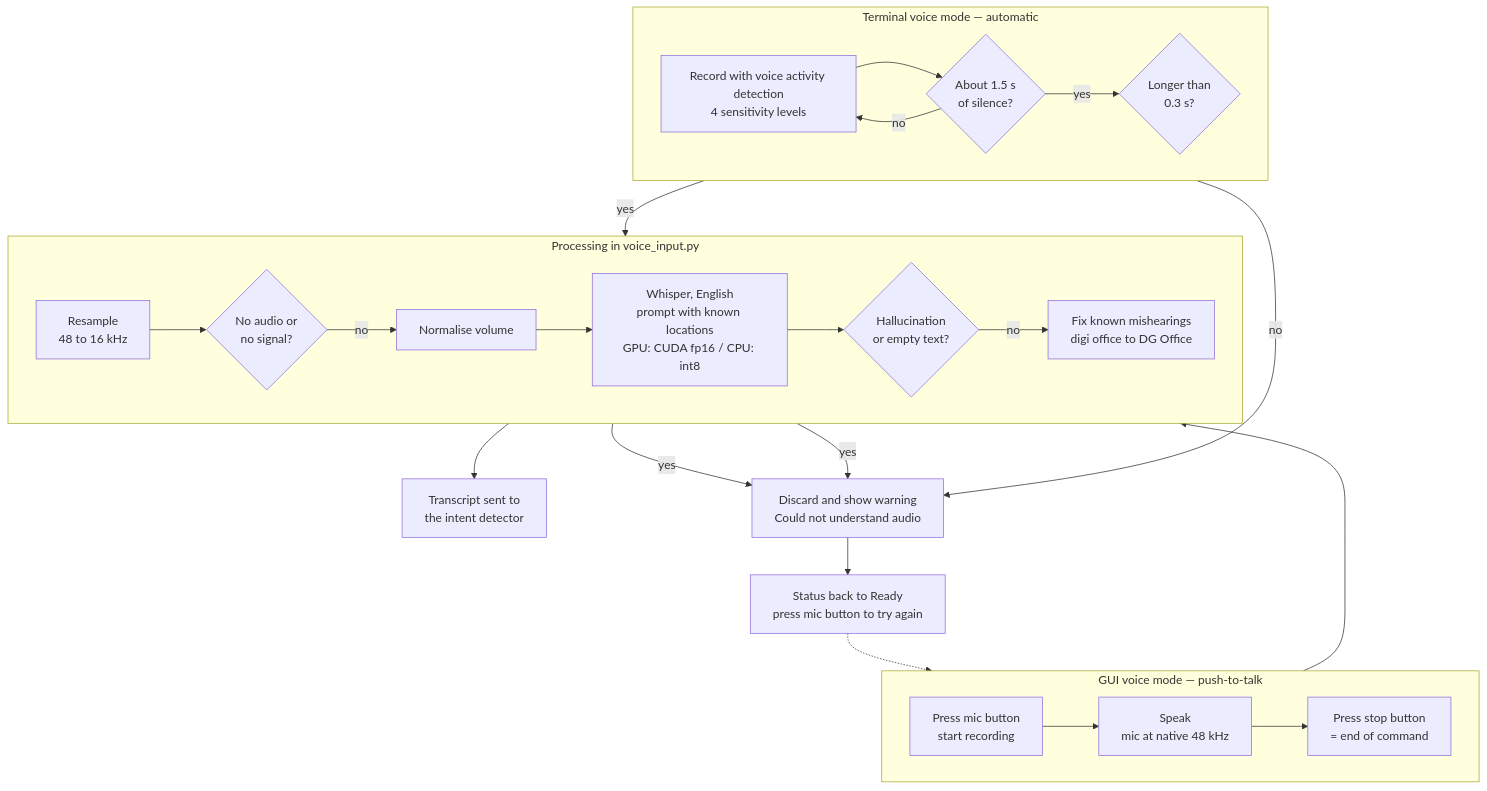
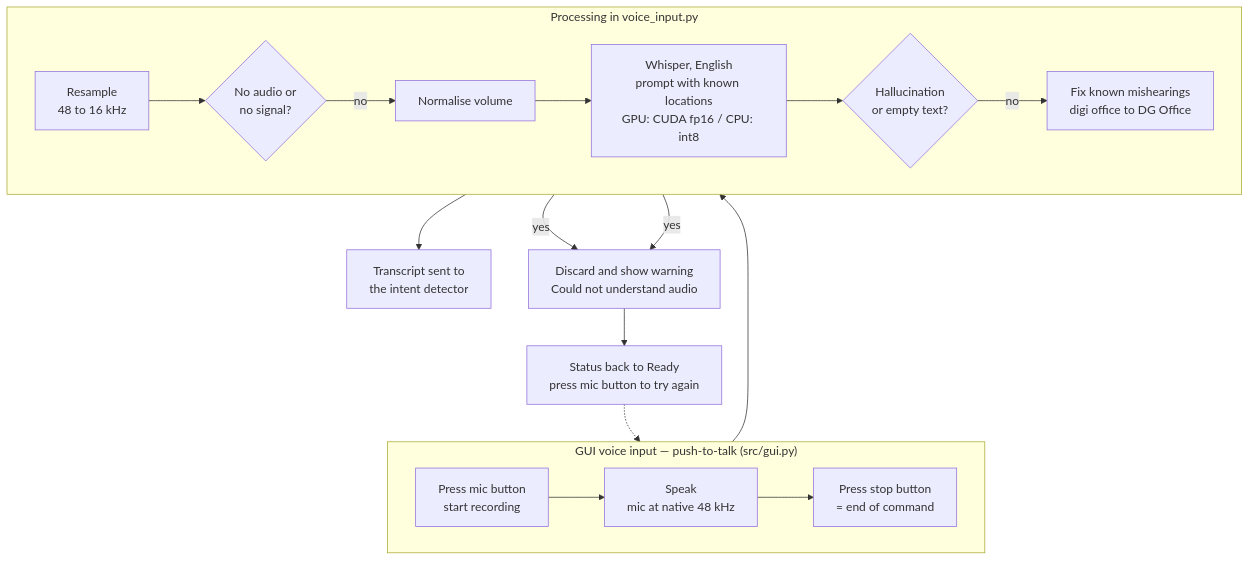
The third of 4 diagrams in README.md (Huzaifa-Rahim-Malik/LLM-Based-Navigation-Using-Turtlebot4), drawn with Mermaid before and after one commit. The commit also changed other lines of this file and 1 other file, not shown here.

````diff
--- a/README.md
+++ b/README.md
@@ -216,34 +211,25 @@
 ```mermaid
 flowchart TB
-    subgraph G["GUI voice mode — push-to-talk"]
+    subgraph G["GUI voice input — push-to-talk (src/gui.py)"]
       direction LR
       B1["Press mic button<br/>start recording"] --> B2["Speak<br/>mic at native 48 kHz"]
       B2 --> B3["Press stop button<br/>= end of command"]
-    end
-
-    subgraph T["Terminal voice mode — automatic"]
-      direction LR
-      C1["Record with voice activity detection<br/>4 sensitivity levels"] --> C2{"About 1.5 s<br/>of silence?"}
-      C2 -- no --> C1
-      C2 -- yes --> C3{"Longer than<br/>0.3 s?"}
     end
 
     subgraph P["Processing in voice_input.py"]
       direction LR
       P1["Resample<br/>48 to 16 kHz"] --> P2{"No audio or<br/>no signal?"}
       P2 -- no --> P3["Normalise volume"]
       P3 --> P4["Whisper, English<br/>prompt with known locations<br/>GPU: CUDA fp16 / CPU: int8"]
       P4 --> P5{"Hallucination<br/>or empty text?"}
       P5 -- no --> P6["Fix known mishearings<br/>digi office to DG Office"]
     end
 
     B3 --> P1
-    C3 -- yes --> P1
     P6 --> OUT["Transcript sent to<br/>the intent detector"]
 
-    C3 -- no --> D
     P2 -- yes --> D
     P5 -- yes --> D
     D["Discard and show warning<br/>Could not understand audio"] --> W["Status back to Ready<br/>press mic button to try again"]
     W -.-> B1
 ```
````
